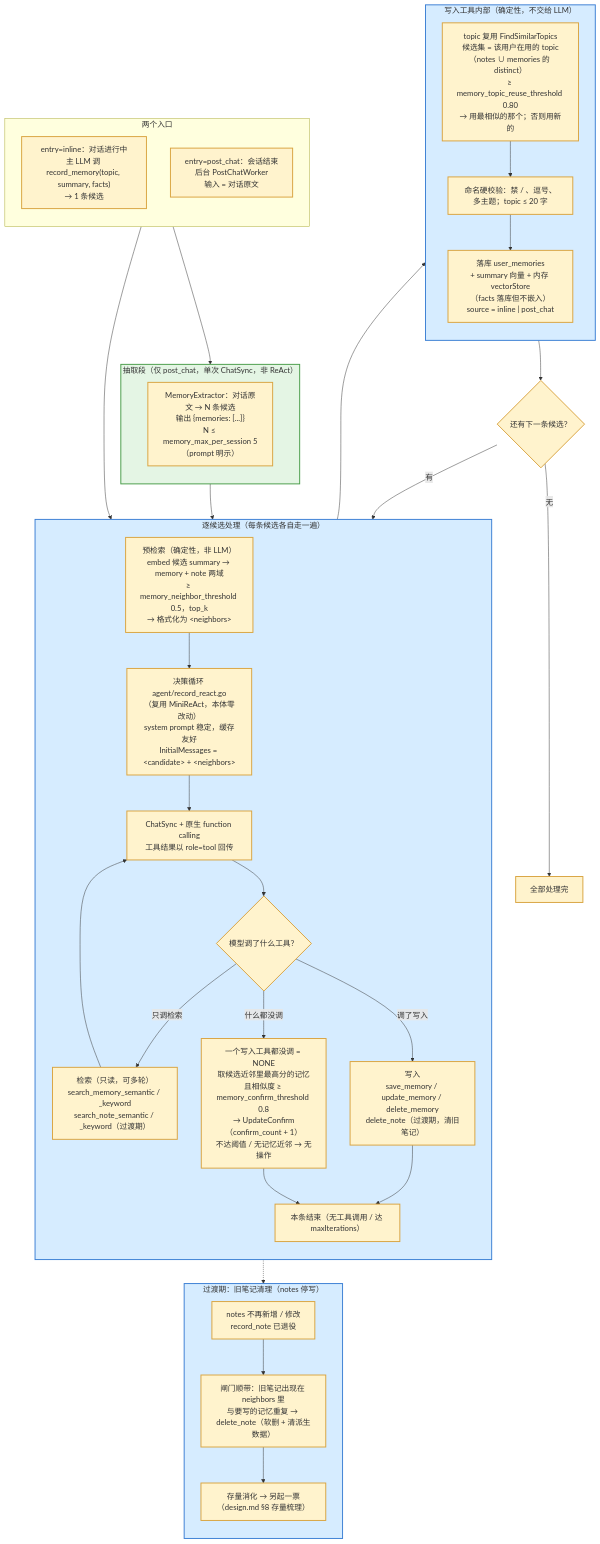
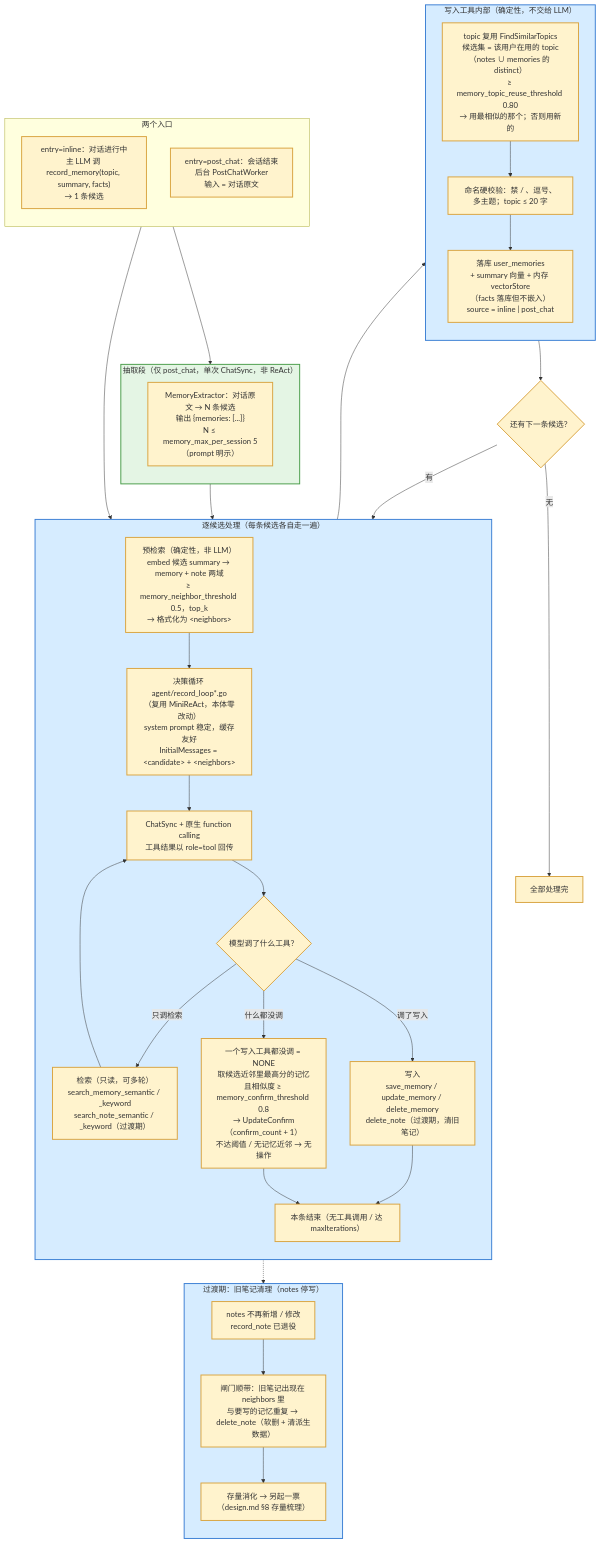
One commit to xHanJiao/xhanHelper changed the diagram in docs/design/memory-note-rework/flow.md. Above: the diagram before and after it, drawn with Mermaid. The commit also changed 35 other files, not shown here.

````diff
--- a/docs/design/memory-note-rework/flow.md
+++ b/docs/design/memory-note-rework/flow.md
@@ -12,67 +12,67 @@
 ```mermaid
 flowchart TD
   subgraph TRIG["两个入口"]
     direction TB
     INLINE["entry=inline：对话进行中<br/>主 LLM 调 record_memory(topic, summary, facts)<br/>→ 1 条候选"]
     POST["entry=post_chat：会话结束<br/>后台 PostChatWorker<br/>输入 = 对话原文"]
   end
 
   subgraph EXTRACT["抽取段（仅 post_chat，单次 ChatSync，非 ReAct）"]
     direction TB
     EX1["MemoryExtractor：对话原文 → N 条候选<br/>输出 {memories: [...]}<br/>N ≤ memory_max_per_session 5（prompt 明示）"]
   end
 
   POST --> EXTRACT
 
   subgraph PERCAND["逐候选处理（每条候选各自走一遍）"]
     direction TB
     PRE["预检索（确定性，非 LLM）<br/>embed 候选 summary → memory + note 两域<br/>≥ memory_neighbor_threshold 0.5，top_k<br/>→ 格式化为 &lt;neighbors&gt;"]
-    SYS["决策循环 agent/record_react.go<br/>（复用 MiniReAct，本体零改动）<br/>system prompt 稳定，缓存友好<br/>InitialMessages = &lt;candidate&gt; + &lt;neighbors&gt;"]
+    SYS["决策循环 agent/record_loop*.go<br/>（复用 MiniReAct，本体零改动）<br/>system prompt 稳定，缓存友好<br/>InitialMessages = &lt;candidate&gt; + &lt;neighbors&gt;"]
     ROUND["ChatSync + 原生 function calling<br/>工具结果以 role=tool 回传"]
     TOOLS{"模型调了什么工具？"}
     READ["检索（只读，可多轮）<br/>search_memory_semantic / _keyword<br/>search_note_semantic / _keyword（过渡期）"]
     WRITE["写入<br/>save_memory / update_memory / delete_memory<br/>delete_note（过渡期，清旧笔记）"]
     NONE["一个写入工具都没调 = NONE<br/>取候选近邻里最高分的记忆<br/>且相似度 ≥ memory_confirm_threshold 0.8<br/>→ UpdateConfirm（confirm_count + 1）<br/>不达阈值 / 无记忆近邻 → 无操作"]
     STOP["本条结束（无工具调用 / 达 maxIterations）"]
 
     PRE --> SYS --> ROUND --> TOOLS
     TOOLS -->|只调检索| READ --> ROUND
     TOOLS -->|调了写入| WRITE
     TOOLS -->|什么都没调| NONE
     WRITE --> STOP
     NONE --> STOP
   end
 
   INLINE --> PRE
   EXTRACT --> PRE
 
   WRITE --> SAVE
 
   subgraph SAVE["写入工具内部（确定性，不交给 LLM）"]
     direction TB
     TOPIC["topic 复用 FindSimilarTopics<br/>候选集 = 该用户在用的 topic<br/>（notes ∪ memories 的 distinct）<br/>≥ memory_topic_reuse_threshold 0.80<br/>→ 用最相似的那个；否则用新的"]
     NAMECHK["命名硬校验：禁 / 、逗号、多主题；topic ≤ 20 字"]
     DB["落库 user_memories<br/>+ summary 向量 + 内存 vectorStore<br/>（facts 落库但不嵌入）<br/>source = inline | post_chat"]
     TOPIC --> NAMECHK --> DB
   end
 
   DB --> NEXT{"还有下一条候选？"}
   NEXT -->|有| PRE
   NEXT -->|无| DONE["全部处理完"]
 
   subgraph LEGACY["过渡期：旧笔记清理（notes 停写）"]
     direction TB
     L1["notes 不再新增 / 修改<br/>record_note 已退役"]
     L2["闸门顺带：旧笔记出现在 neighbors 里<br/>与要写的记忆重复 → delete_note（软删 + 清派生数据）"]
     L3["存量消化 → 另起一票（design.md §8 存量梳理）"]
     L1 --> L2 --> L3
   end
   PERCAND -.-> LEGACY
 
   classDef todo fill:#fff3cd,stroke:#d9a441,stroke-width:2px;
   class INLINE,POST,EX1,PRE,SYS,ROUND,TOOLS,READ,WRITE,NONE,STOP,NEXT,DONE,TOPIC,NAMECHK,DB,L1,L2,L3 todo;
   style EXTRACT fill:#e4f5e4,stroke:#4a9d4a,stroke-width:2px;
   style PERCAND fill:#d6ecff,stroke:#3b7fd4,stroke-width:2px;
   style SAVE fill:#d6ecff,stroke:#3b7fd4,stroke-width:2px;
   style LEGACY fill:#d6ecff,stroke:#3b7fd4,stroke-width:2px;
 ```
````
